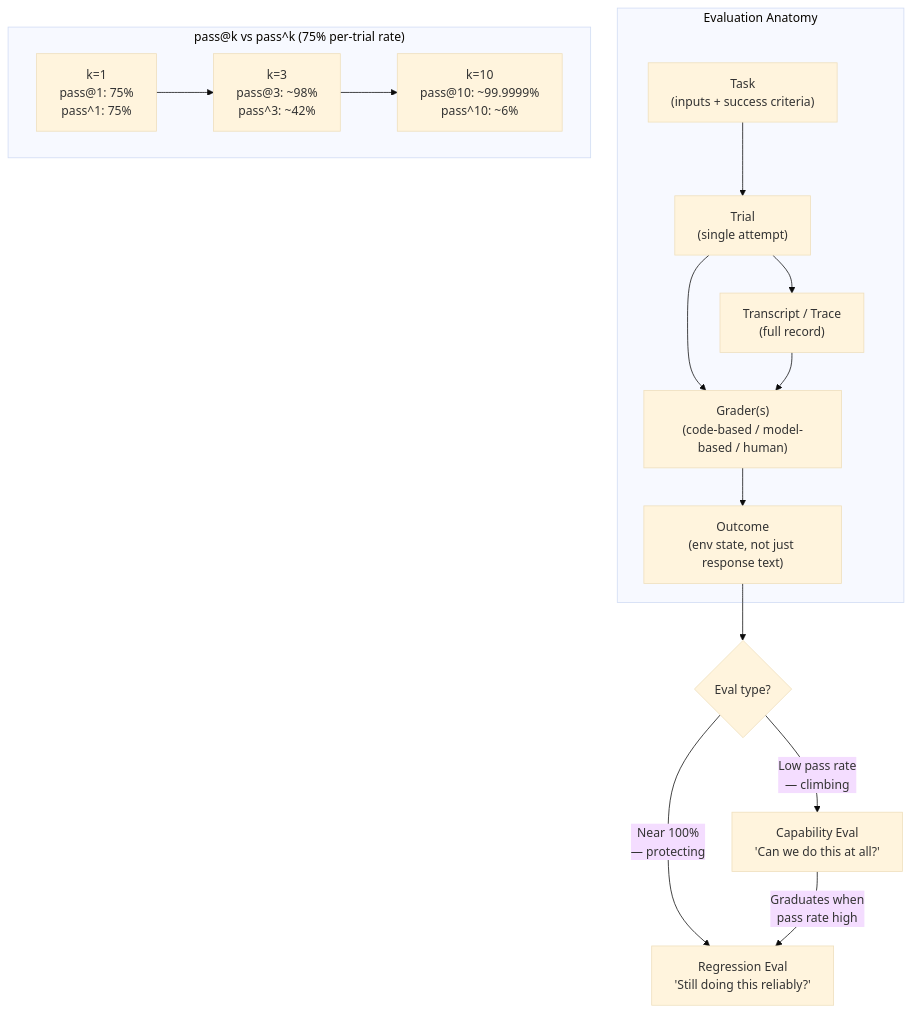
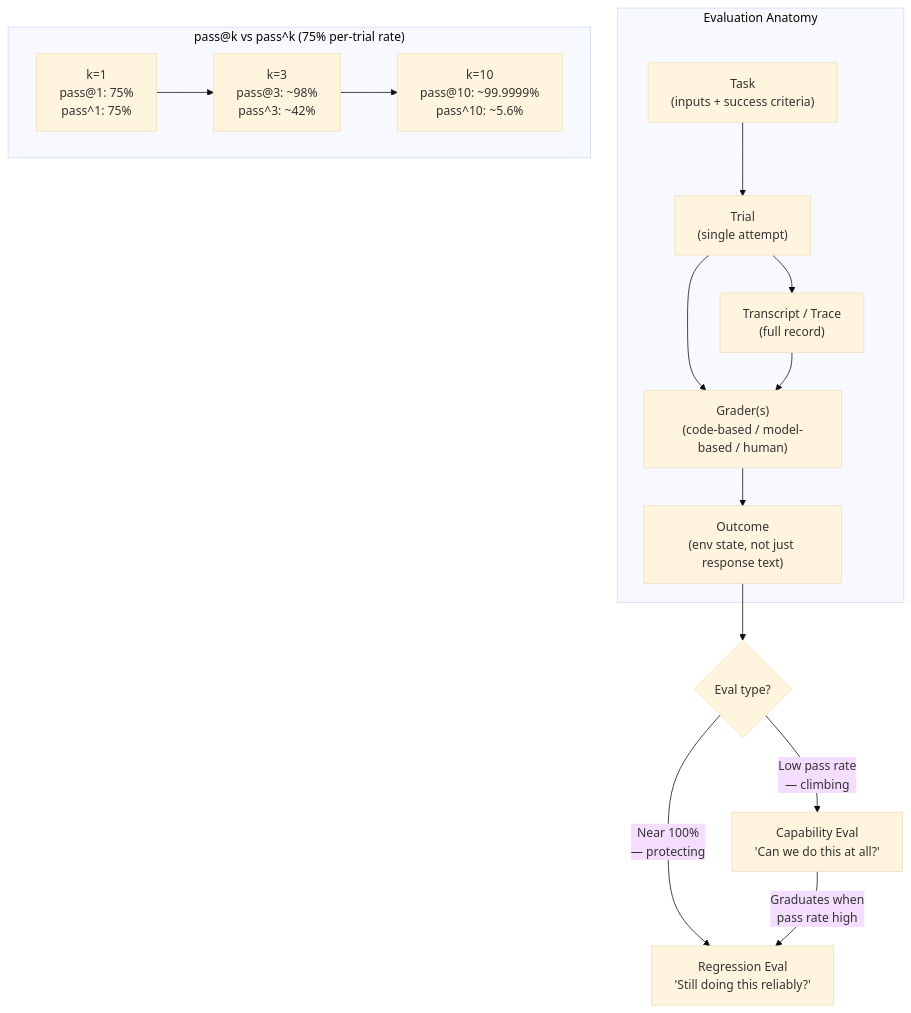
One commit to Jin-Fang/Agentic-AI-Study changed the diagram in agent-harness/09-evaluation.md. Above: the diagram before and after it, drawn with Mermaid (base theme). The commit also changed 29 other files, not shown here.

````diff
--- a/agent-harness/09-evaluation.md
+++ b/agent-harness/09-evaluation.md
@@ -89,23 +89,23 @@
 ```mermaid
 flowchart TD
     subgraph ANATOMY["Evaluation Anatomy"]
-        TASK["Task\n(inputs + success criteria)"] --> TRIAL["Trial\n(single attempt)"]
-        TRIAL --> GRADER["Grader(s)\n(code-based / model-based / human)"]
-        GRADER --> OUTCOME["Outcome\n(env state, not just response text)"]
-        TRIAL --> TRANSCRIPT["Transcript / Trace\n(full record)"]
+        TASK["Task<br/>(inputs + success criteria)"] --> TRIAL["Trial<br/>(single attempt)"]
+        TRIAL --> GRADER["Grader(s)<br/>(code-based / model-based / human)"]
+        GRADER --> OUTCOME["Outcome<br/>(env state, not just response text)"]
+        TRIAL --> TRANSCRIPT["Transcript / Trace<br/>(full record)"]
         TRANSCRIPT --> GRADER
     end
 
     subgraph METRICS["pass@k vs pass^k  (75% per-trial rate)"]
         direction LR
-        K1["k=1\npass@1: 75%\npass^1: 75%"]
-        K3["k=3\npass@3: ~98%\npass^3: ~42%"]
-        K10["k=10\npass@10: ~99.9999%\npass^10: ~6%"]
+        K1["k=1<br/>pass@1: 75%<br/>pass^1: 75%"]
+        K3["k=3<br/>pass@3: ~98%<br/>pass^3: ~42%"]
+        K10["k=10<br/>pass@10: ~99.9999%<br/>pass^10: ~5.6%"]
         K1 --> K3 --> K10
     end
 
     OUTCOME --> CAPVREGG{Eval type?}
-    CAPVREGG -->|"Low pass rate\n— climbing"| CAP["Capability Eval\n'Can we do this at all?'"]
-    CAPVREGG -->|"Near 100%\n— protecting"| REG["Regression Eval\n'Still doing this reliably?'"]
-    CAP -->|"Graduates when\npass rate high"| REG
+    CAPVREGG -->|"Low pass rate<br/>— climbing"| CAP["Capability Eval<br/>'Can we do this at all?'"]
+    CAPVREGG -->|"Near 100%<br/>— protecting"| REG["Regression Eval<br/>'Still doing this reliably?'"]
+    CAP -->|"Graduates when<br/>pass rate high"| REG
 ```
````
